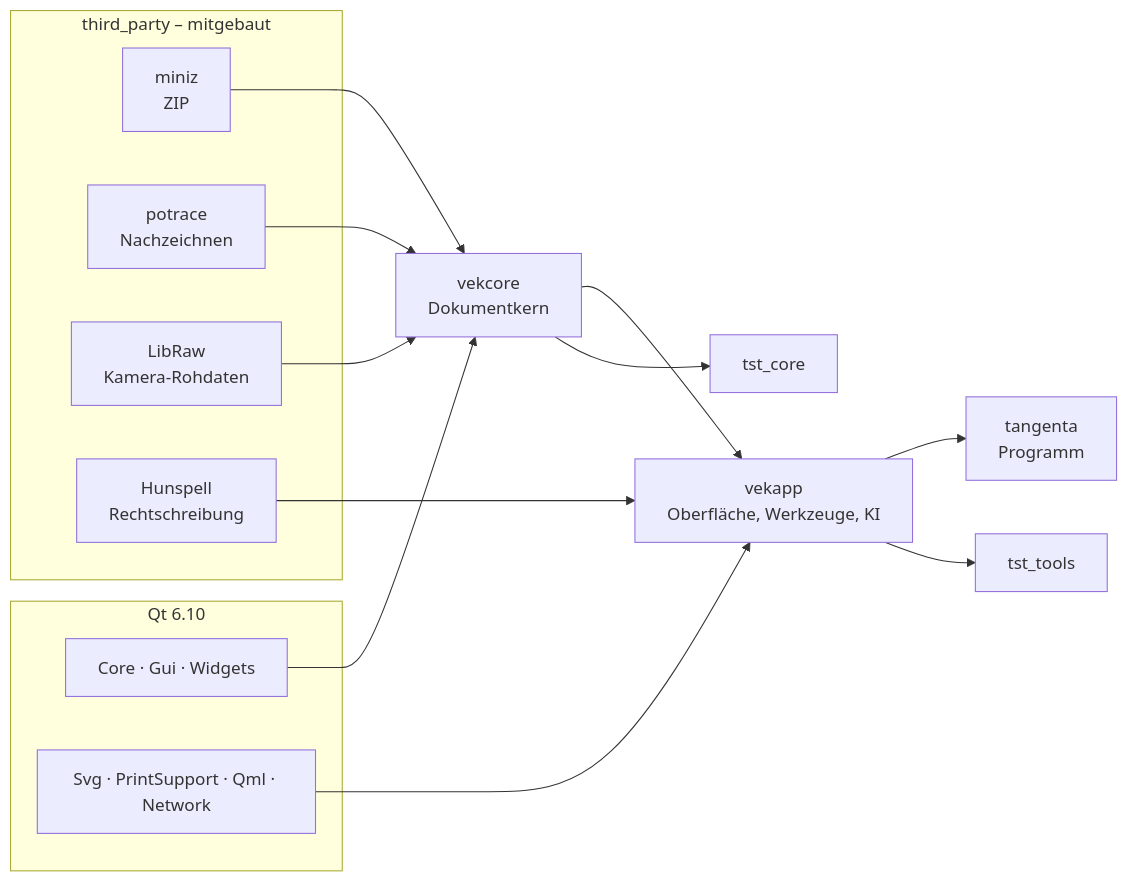
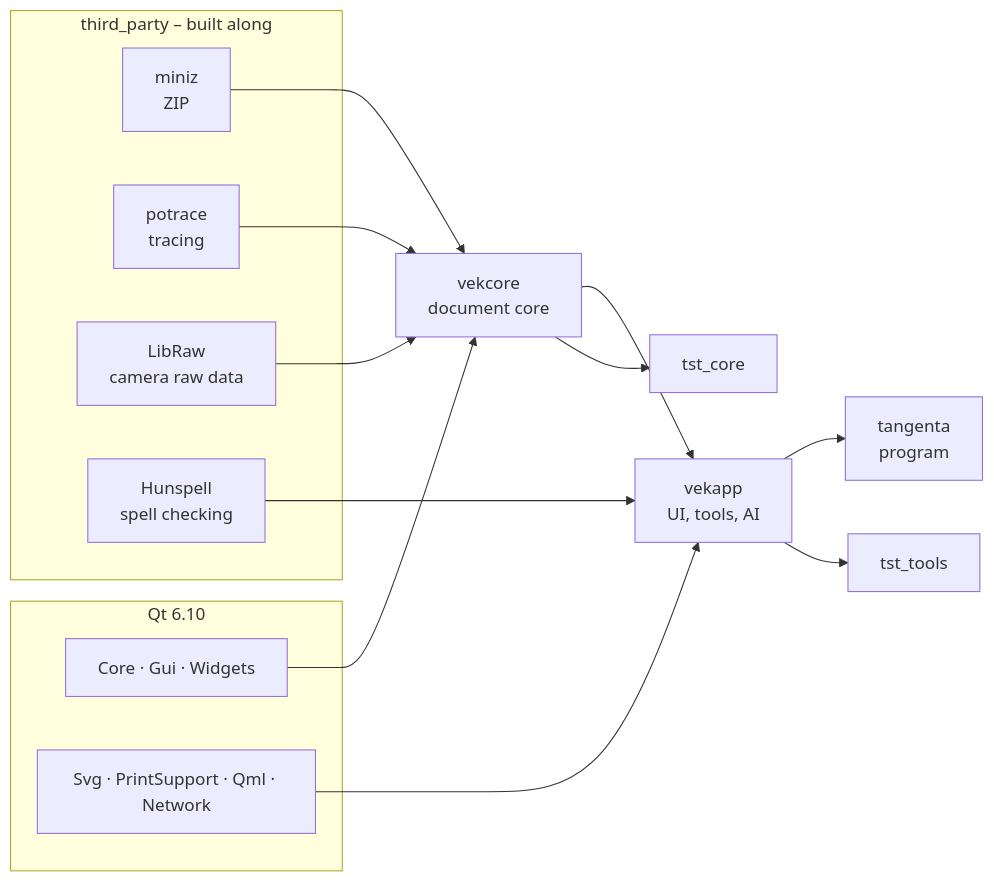
The first of 4 diagrams in BUILD.md (roli8200/tangenta), drawn with Mermaid before and after one commit. The commit also changed other lines of this file and 28 other files, not shown here.

````diff
--- a/BUILD.md
+++ b/BUILD.md
@@ -42,27 +41,27 @@
 ```mermaid
 flowchart LR
-    subgraph third_party [third_party – mitgebaut]
+    subgraph third_party [third_party – built along]
         miniz[miniz<br/>ZIP]
-        potrace[potrace<br/>Nachzeichnen]
-        libraw[LibRaw<br/>Kamera-Rohdaten]
-        hunspell[Hunspell<br/>Rechtschreibung]
+        potrace[potrace<br/>tracing]
+        libraw[LibRaw<br/>camera raw data]
+        hunspell[Hunspell<br/>spell checking]
     end
     subgraph qt [Qt 6.10]
         qtcore[Core · Gui · Widgets]
         qtmore[Svg · PrintSupport · Qml · Network]
     end
-    core[vekcore<br/>Dokumentkern]
-    app[vekapp<br/>Oberfläche, Werkzeuge, KI]
-    exe[tangenta<br/>Programm]
+    core[vekcore<br/>document core]
+    app[vekapp<br/>UI, tools, AI]
+    exe[tangenta<br/>program]
     tcore[tst_core]
     ttools[tst_tools]
     miniz --> core
     potrace --> core
     libraw --> core
     hunspell --> app
     qtcore --> core
     qtmore --> app
     core --> app --> exe
     core --> tcore
     app --> ttools
 ```
````
